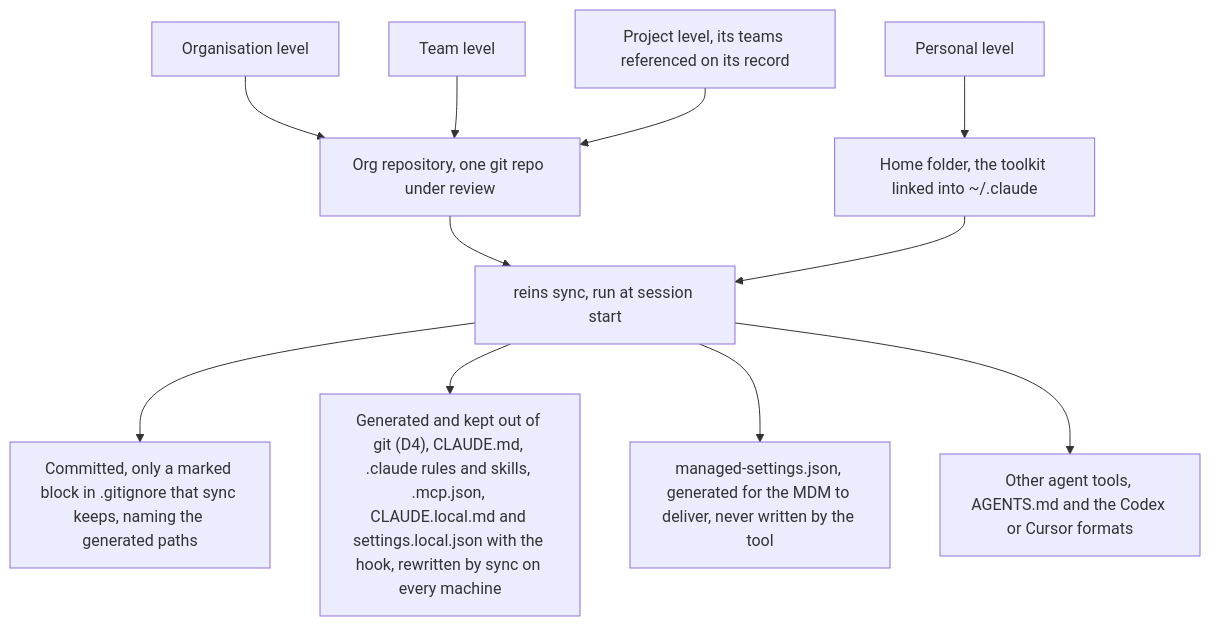
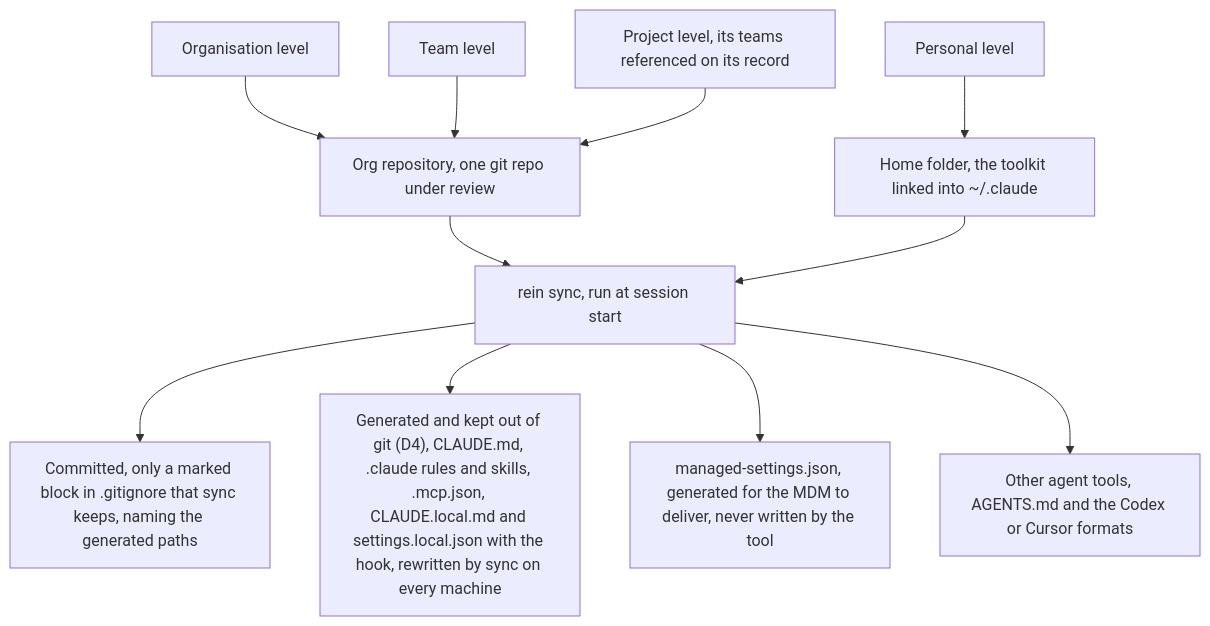
Before and after one commit to Danidani23/agents-rein: the second of 4 diagrams in docs/implementation_plans/2026-10-11_harness-distribution-tool.md, drawn with Mermaid. The commit also changed other lines of this file and 11 other files, not shown here.

````diff
--- a/docs/implementation_plans/2026-10-11_harness-distribution-tool.md
+++ b/docs/implementation_plans/2026-10-11_harness-distribution-tool.md
@@ -454,13 +457,13 @@
 ```mermaid
 graph TD
   O["Organisation level"] --> S["Org repository, one git repo under review"]
   T["Team level"] --> S
   U["Personal level"] --> H["Home folder, the toolkit linked into ~/.claude"]
   P["Project level, its teams referenced on its record"] --> S
-  S --> X["reins sync, run at session start"]
+  S --> X["rein sync, run at session start"]
   H --> X
   X --> CM["Committed, only a marked block in .gitignore that sync keeps, naming the generated paths"]
   X --> CL["Generated and kept out of git (D4), CLAUDE.md, .claude rules and skills, .mcp.json, CLAUDE.local.md and settings.local.json with the hook, rewritten by sync on every machine"]
   X --> MS["managed-settings.json, generated for the MDM to deliver, never written by the tool"]
   X --> OT["Other agent tools, AGENTS.md and the Codex or Cursor formats"]
 ```
````
